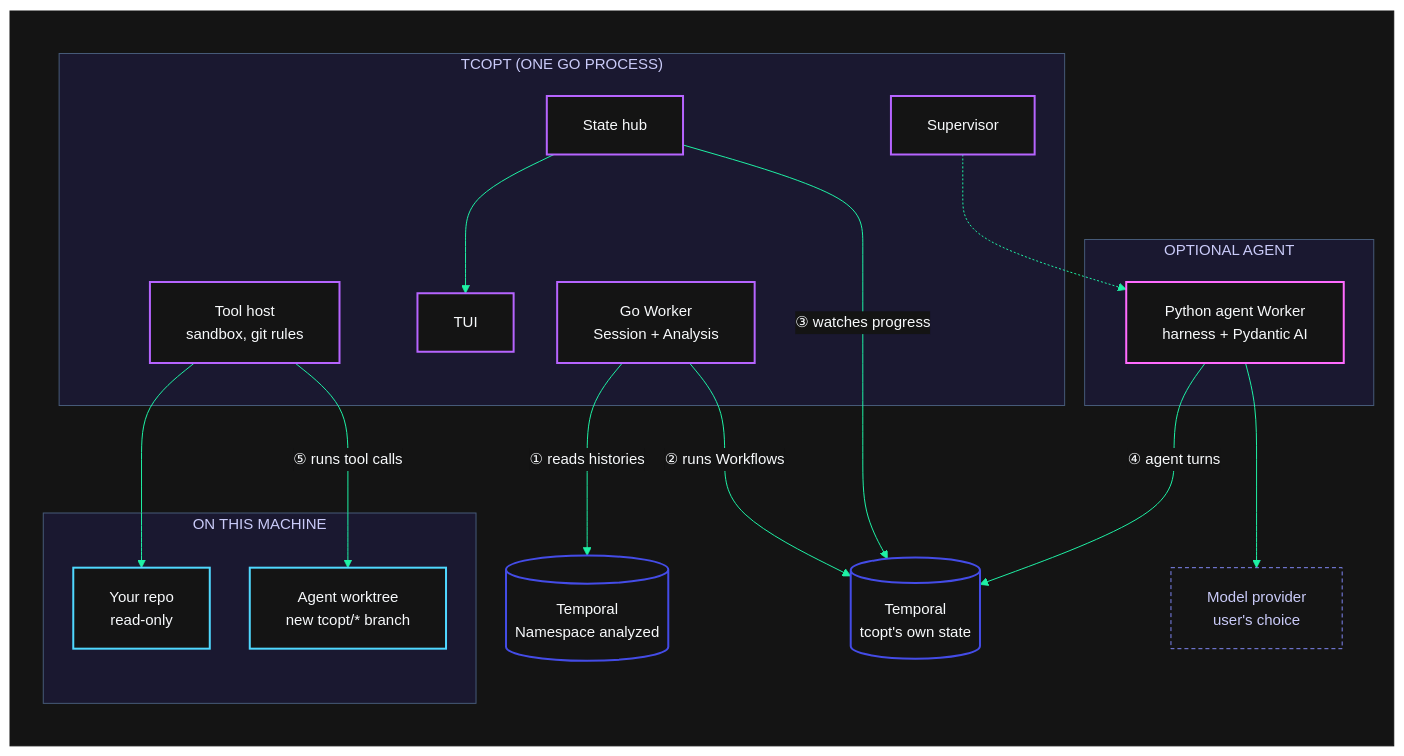
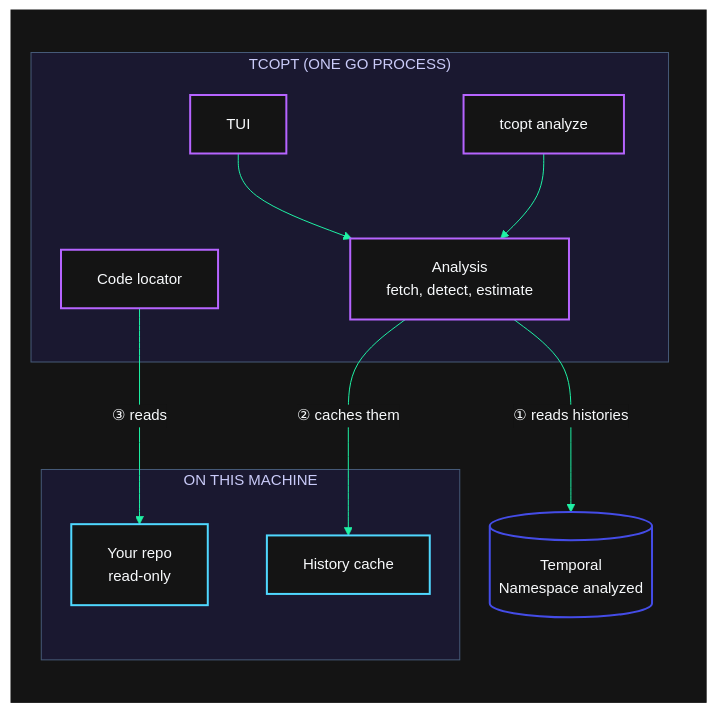
The first of 3 diagrams in docs/PLAN.md (mikeacjones/temporal-toolkit-cost-optimizer), drawn with Mermaid before and after one commit. The commit also changed other lines of this file and 206 other files, not shown here.

First line of the commit message:
Keep only detectors that Event History proves; drop the agent

````diff
--- a/docs/PLAN.md
+++ b/docs/PLAN.md
@@ -84,47 +85,33 @@
 ```mermaid
 %%{init: {"theme": "base", "flowchart": {"nodeSpacing": 40, "rankSpacing": 60, "padding": 18}, "themeVariables": {"fontSize": "15px", "primaryColor": "#141414", "primaryTextColor": "#f8fafc", "primaryBorderColor": "#444ce7", "lineColor": "#1ff1a5", "textColor": "#f8fafc", "clusterBkg": "#1a1830", "clusterBorder": "#465a78", "titleColor": "#cacbf9", "edgeLabelBackground": "#141414"}}}%%
 flowchart TB
   subgraph card[" "]
     direction TB
     subgraph proc["TCOPT (ONE GO PROCESS)"]
       tui["TUI"]
-      hub["State hub"]
-      wk["Go Worker<br/>Session + Analysis"]
-      th["Tool host<br/>sandbox, git rules"]
-      sup["Supervisor"]
-    end
-    subgraph opt["OPTIONAL AGENT"]
-      py["Python agent Worker<br/>harness + Pydantic AI"]
+      cli["tcopt analyze"]
+      an["Analysis<br/>fetch, detect, estimate"]
+      loc["Code locator"]
     end
     subgraph mine["ON THIS MACHINE"]
       repo["Your repo<br/>read-only"]
-      wt["Agent worktree<br/>new tcopt/* branch"]
+      cache["History cache"]
     end
-    orch[("Temporal<br/>tcopt's own state")]
     target[("Temporal<br/>Namespace analyzed")]
-    llm["Model provider<br/>user's choice"]
   end
 
-  wk -- "① reads histories" --> target
-  wk -- "② runs Workflows" --> orch
-  hub -- "③ watches progress" --> orch
-  hub --> tui
-  py -- "④ agent turns" --> orch
-  py --> llm
-  th -- "⑤ runs tool calls" --> wt
-  th --> repo
-  sup -.-> py
+  tui --> an
+  cli --> an
+  an -- "① reads histories" --> target
+  an -- "② caches them" --> cache
+  loc -- "③ reads" --> repo
 
   classDef card fill:#141414,stroke:#141414,color:#141414
   classDef temporal fill:#141414,stroke:#444ce7,stroke-width:2px,color:#f8fafc
   classDef tcopt fill:#141414,stroke:#b664ff,stroke-width:2px,color:#f8fafc
-  classDef agent fill:#141414,stroke:#ff6bff,stroke-width:2px,color:#f8fafc
   classDef local fill:#141414,stroke:#4fd8ff,stroke-width:2px,color:#f8fafc
-  classDef external fill:#141414,stroke:#7f86f1,stroke-width:1px,stroke-dasharray:4 3,color:#cacbf9
   class card card
-  class orch,target temporal
-  class tui,hub,wk,th,sup tcopt
-  class py agent
-  class repo,wt local
-  class llm external
+  class target temporal
+  class tui,cli,an,loc tcopt
+  class repo,cache local
 ```
````
